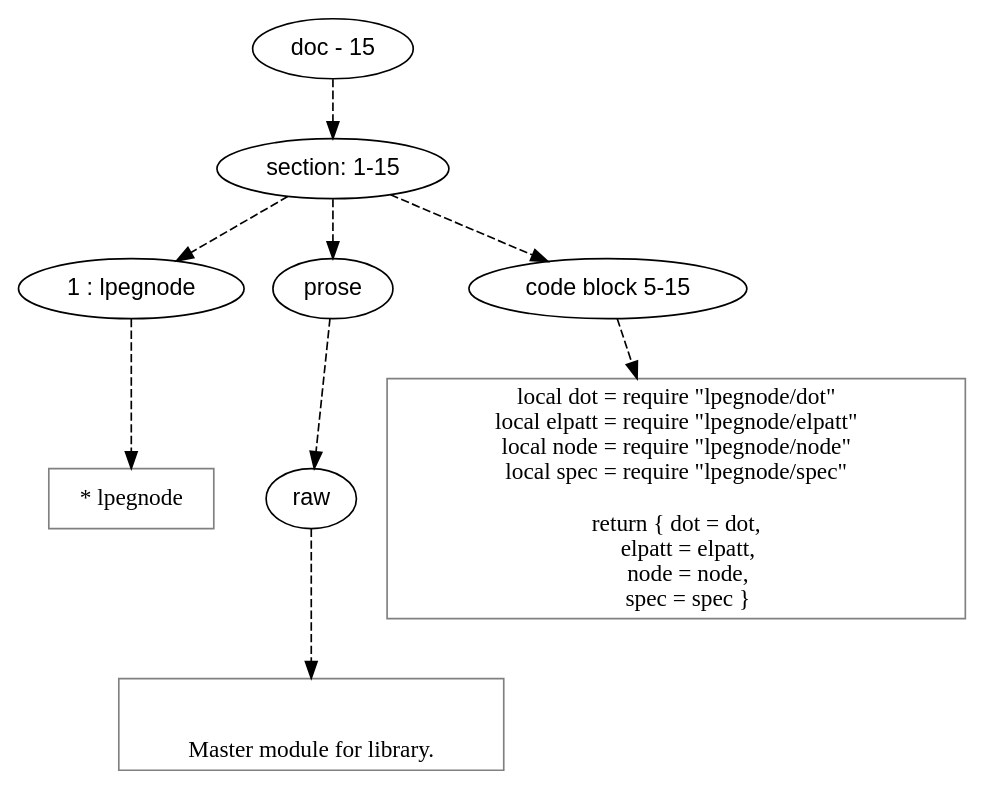
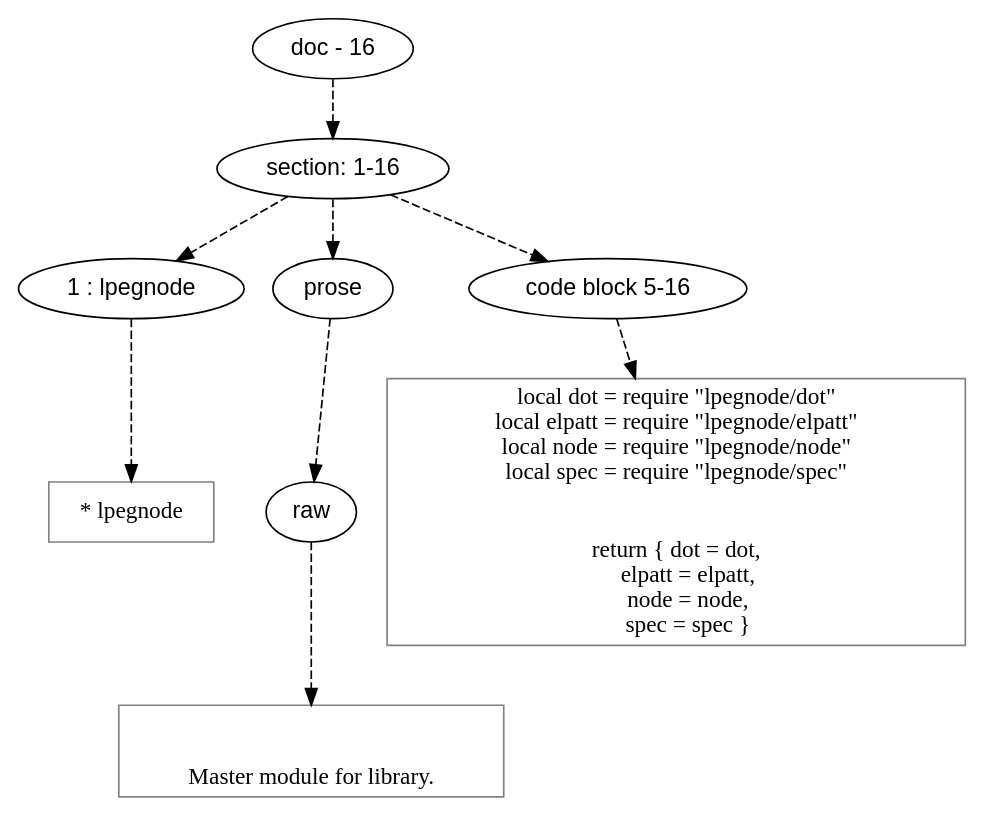
One commit to orb-lang/espalier changed the diagram in doc/dot/lpegnode.dot. Above: the diagram before and after it, drawn with Graphviz. The commit also changed 20 other files, not shown here.

```diff
--- a/doc/dot/lpegnode.dot
+++ b/doc/dot/lpegnode.dot
@@ -1,49 +1,50 @@
 digraph hierarchy {
 
 node [fontname=Helvetica]
 edge [style=dashed]
 
-doc_0 [label="doc - 15"]
+doc_0 [label="doc - 16"]
 
 
 doc_0 -> { section_1}
 {rank=same; section_1}
 
-section_1 [label="section: 1-15"]
+section_1 [label="section: 1-16"]
 
 
 section_1 -> { header_2 prose_3 codeblock_4}
 {rank=same; header_2 prose_3 codeblock_4}
 
 header_2 [label="1 : lpegnode"]
 
 prose_3 [label="prose"]
 
-codeblock_4 [label="code block 5-15"]
+codeblock_4 [label="code block 5-16"]
 
 
 header_2 -> leaf_5
 leaf_5  [color=Gray,shape=rectangle,fontname=Inconsolata,label="* lpegnode"]
 prose_3 -> { raw_6}
 {rank=same; raw_6}
 
 raw_6 [label="raw"]
 
 
 raw_6 -> leaf_7
 leaf_7  [color=Gray,shape=rectangle,fontname=Inconsolata,label="
 
 Master module for library.
 "]
 codeblock_4 -> leaf_8
 leaf_8  [color=Gray,shape=rectangle,fontname=Inconsolata,label="local dot = require \"lpegnode/dot\"
 local elpatt = require \"lpegnode/elpatt\"
 local node = require \"lpegnode/node\"
 local spec = require \"lpegnode/spec\"
 
+
 return { dot = dot,
      elpatt = elpatt,
      node = node,
      spec = spec }"]
 
 }
```
